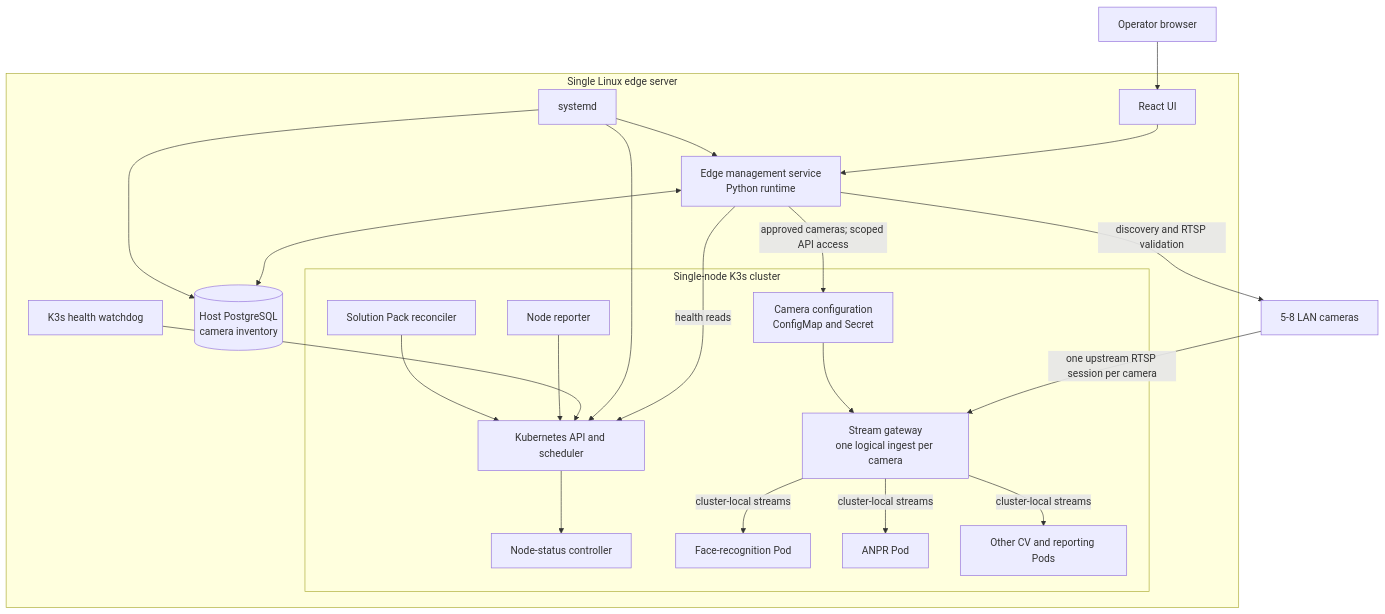
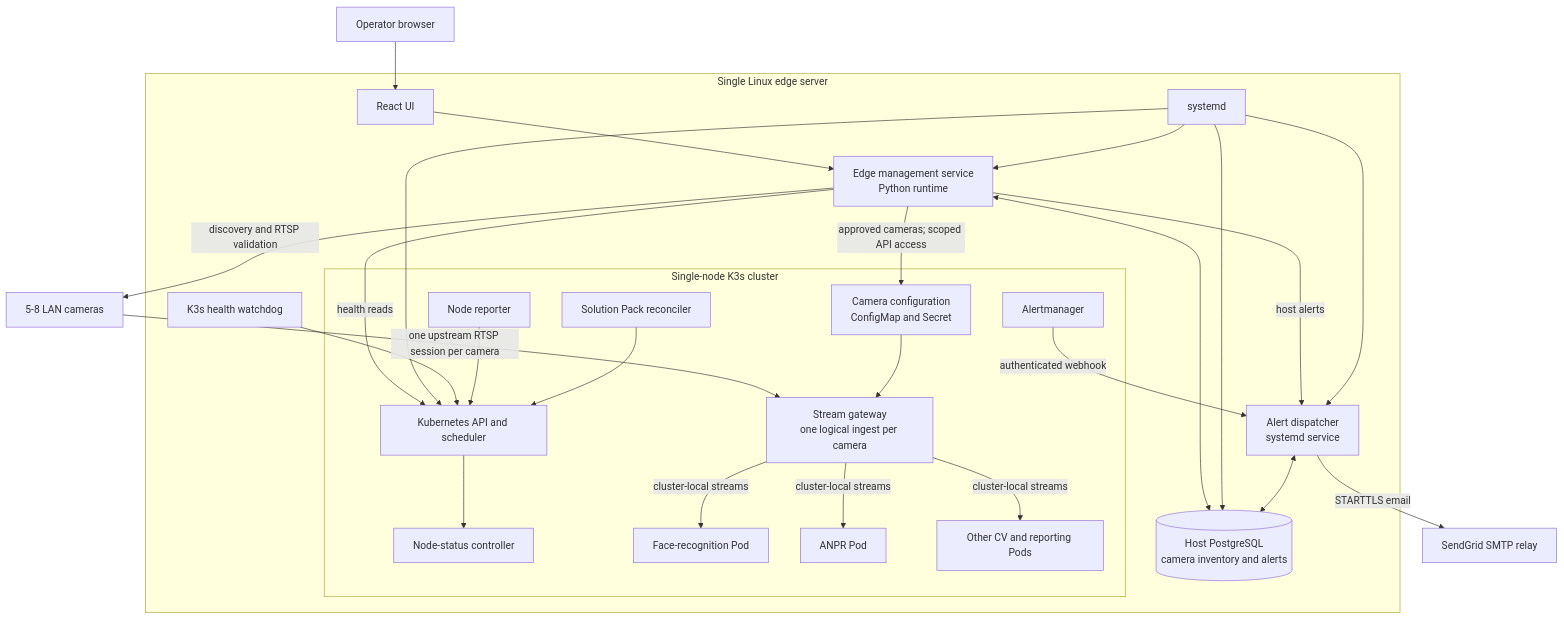
The first of 4 diagrams in HLD.md (sayandip-apexflo/tvt-prototype), drawn with Mermaid before and after one commit. The commit also changed other lines of this file and 2 other files, not shown here.

Commit message:
observability alert email

````diff
--- a/HLD.md
+++ b/HLD.md
@@ -122,44 +161,53 @@
 ```mermaid
 flowchart TB
     Operator[Operator browser]
     Cameras[5-8 LAN cameras]
 
     subgraph Host[Single Linux edge server]
         Systemd[systemd]
         UI[React UI]
         Edge[Edge management service<br/>Python runtime]
-        DB[(Host PostgreSQL<br/>camera inventory)]
+        Dispatcher[Alert dispatcher<br/>systemd service]
+        DB[(Host PostgreSQL<br/>camera inventory and alerts)]
         Watchdog[K3s health watchdog]
 
         subgraph Cluster[Single-node K3s cluster]
             API[Kubernetes API and scheduler]
             Reporter[Node reporter]
             Controller[Node-status controller]
             Reconciler[Solution Pack reconciler]
+            Alertmanager[Alertmanager]
             Sync[Camera configuration<br/>ConfigMap and Secret]
             Gateway[Stream gateway<br/>one logical ingest per camera]
             Face[Face-recognition Pod]
             ANPR[ANPR Pod]
             Other[Other CV and reporting Pods]
         end
     end
 
+    SMTP[SendGrid SMTP relay]
+
     Operator --> UI
     UI --> Edge
     Edge <--> DB
     Edge -->|discovery and RTSP validation| Cameras
     Edge -->|approved cameras; scoped API access| Sync
     Edge -->|health reads| API
+    Edge -->|host alerts| Dispatcher
     Systemd --> Edge
+    Systemd --> Dispatcher
     Systemd --> DB
     Systemd --> API
     Watchdog --> API
     Cameras -->|one upstream RTSP session per camera| Gateway
     Sync --> Gateway
     Gateway -->|cluster-local streams| Face
     Gateway -->|cluster-local streams| ANPR
     Gateway -->|cluster-local streams| Other
     Reporter --> API
     API --> Controller
     Reconciler --> API
+    Alertmanager -->|authenticated webhook| Dispatcher
+    Dispatcher <--> DB
+    Dispatcher -->|STARTTLS email| SMTP
 ```
````
